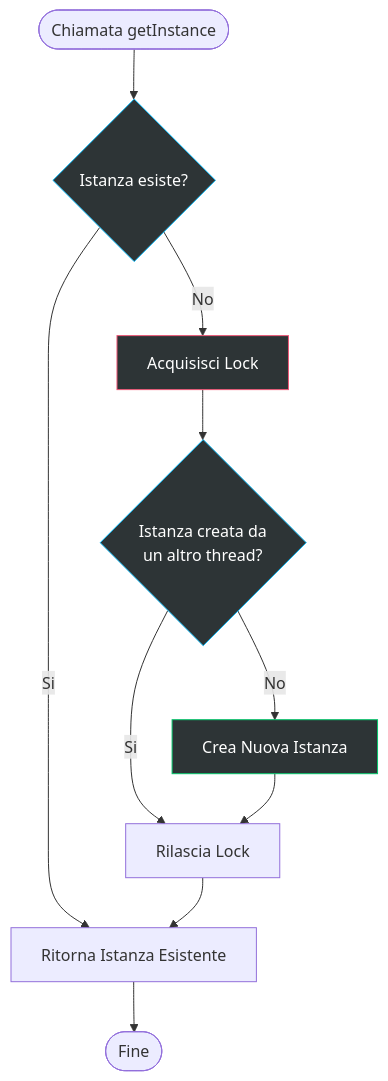
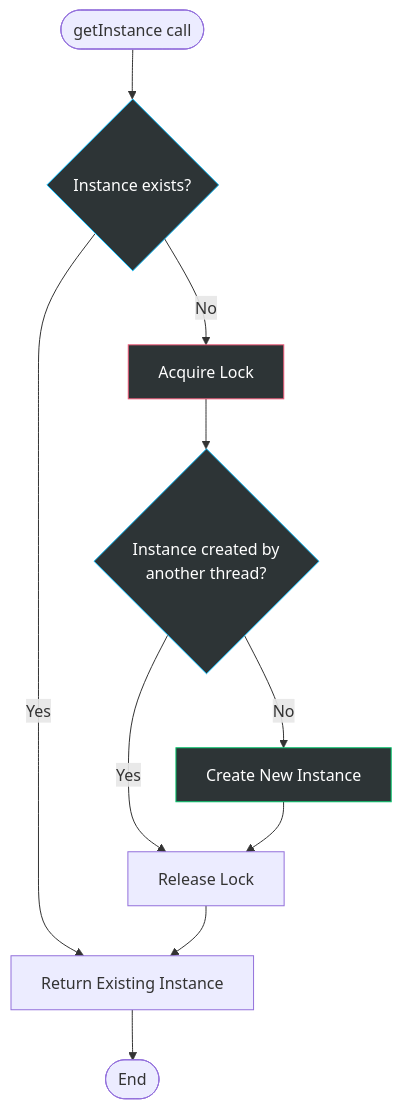
The third of 3 diagrams in 01_creational/singleton/README.md (lucadileo9/design-pattern), drawn with Mermaid before and after one commit. The commit also changed other lines of this file and 43 other files, not shown here.

````diff
--- a/01_creational/singleton/README.md
+++ b/01_creational/singleton/README.md
@@ -67,22 +67,22 @@
 ```mermaid
 flowchart TD
-    Start([Chiamata getInstance]) --> Check1{Istanza esiste?}
+    Start([getInstance call]) --> Check1{Instance exists?}
     
-    Check1 -- Si --> Return[Ritorna Istanza Esistente]
-    Check1 -- No --> Lock[Acquisisci Lock]
+    Check1 -- Yes --> Return[Return Existing Instance]
+    Check1 -- No --> Lock[Acquire Lock]
     
-    Lock --> Check2{Istanza creata da<br/>un altro thread?}
+    Lock --> Check2{Instance created by<br/>another thread?}
     
-    Check2 -- No --> Create[Crea Nuova Istanza]
-    Check2 -- Si --> Unlock[Rilascia Lock]
+    Check2 -- No --> Create[Create New Instance]
+    Check2 -- Yes --> Unlock[Release Lock]
     
     Create --> Unlock
     Unlock --> Return
-    Return --> End([Fine])
+    Return --> End([End])
 
     %% Styling
     style Check1 fill:#2d3436,stroke:#0fbcf9,color:#fff
     style Check2 fill:#2d3436,stroke:#0fbcf9,color:#fff
     style Lock fill:#2d3436,stroke:#ef5777,color:#fff
     style Create fill:#2d3436,stroke:#05c46b,color:#fff
 ```
````
